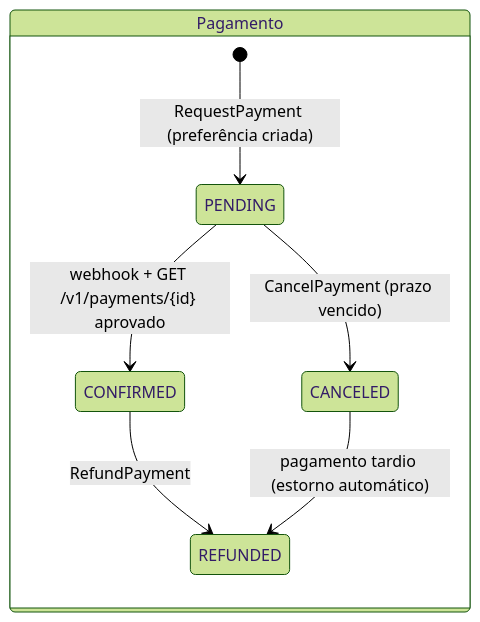
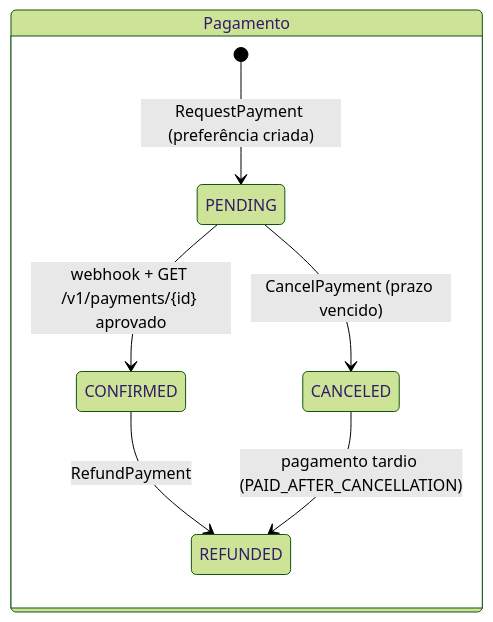
Before and after one commit to CleytonOngaratto/fiap-fase4-os-service: the fourth of 5 diagrams in docs/arquitetura/maquina-de-estados.md, drawn with Mermaid (forest theme). The commit also changed other lines of this file and 5 other files, not shown here.

Commit message:
docs: add the payment ADR and the Billing schema to the architecture docs (#13)

````diff
--- a/docs/arquitetura/maquina-de-estados.md
+++ b/docs/arquitetura/maquina-de-estados.md
@@ -147,10 +147,10 @@
 ```mermaid
 stateDiagram-v2
     state "Pagamento" as P {
         [*] --> PENDING: RequestPayment (preferência criada)
         PENDING --> CONFIRMED: webhook + GET /v1/payments/{id} aprovado
         PENDING --> CANCELED: CancelPayment (prazo vencido)
         CONFIRMED --> REFUNDED: RefundPayment
-        CANCELED --> REFUNDED: pagamento tardio (estorno automático)
+        CANCELED --> REFUNDED: pagamento tardio (PAID_AFTER_CANCELLATION)
     }
 ```
````
